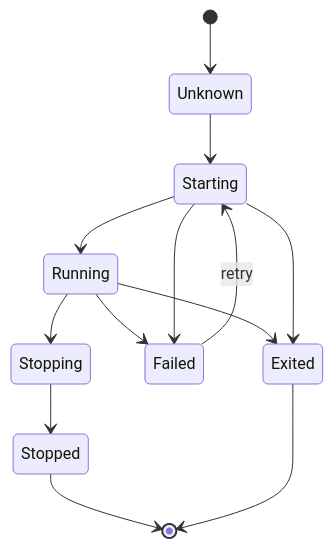
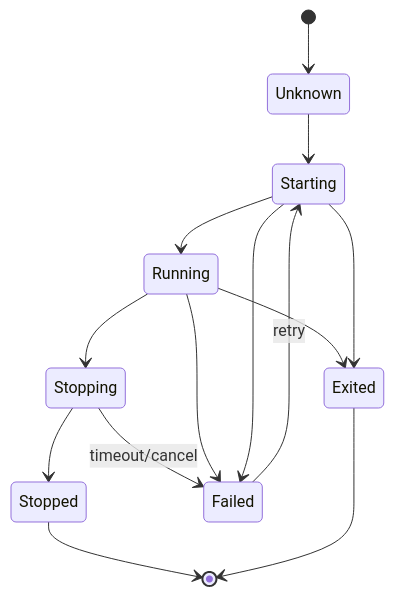
Before and after one commit to wippyai/docs: the second of 2 diagrams in en/guides/supervision.md, drawn with Mermaid. The commit also changed other lines of this file and 870 other files, not shown here.

````diff
--- a/en/guides/supervision.md
+++ b/en/guides/supervision.md
@@ -171,16 +170,17 @@
 ```mermaid
 stateDiagram-v2
     [*] --> Unknown
     Unknown --> Starting
     Starting --> Running
     Running --> Stopping
     Stopping --> Stopped
+    Stopping --> Failed : timeout/cancel
     Stopped --> [*]
 
     Running --> Failed
     Starting --> Failed
     Failed --> Starting : retry
     Running --> Exited
     Starting --> Exited
     Exited --> [*]
 ```
````
